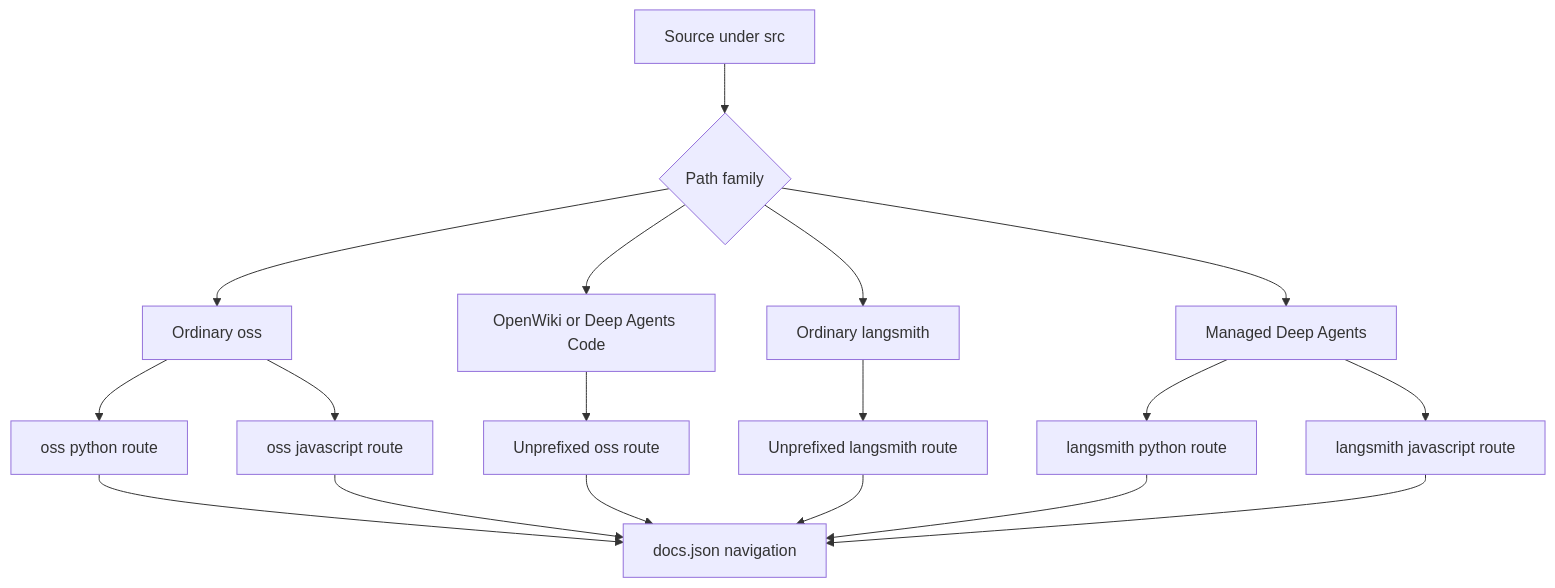
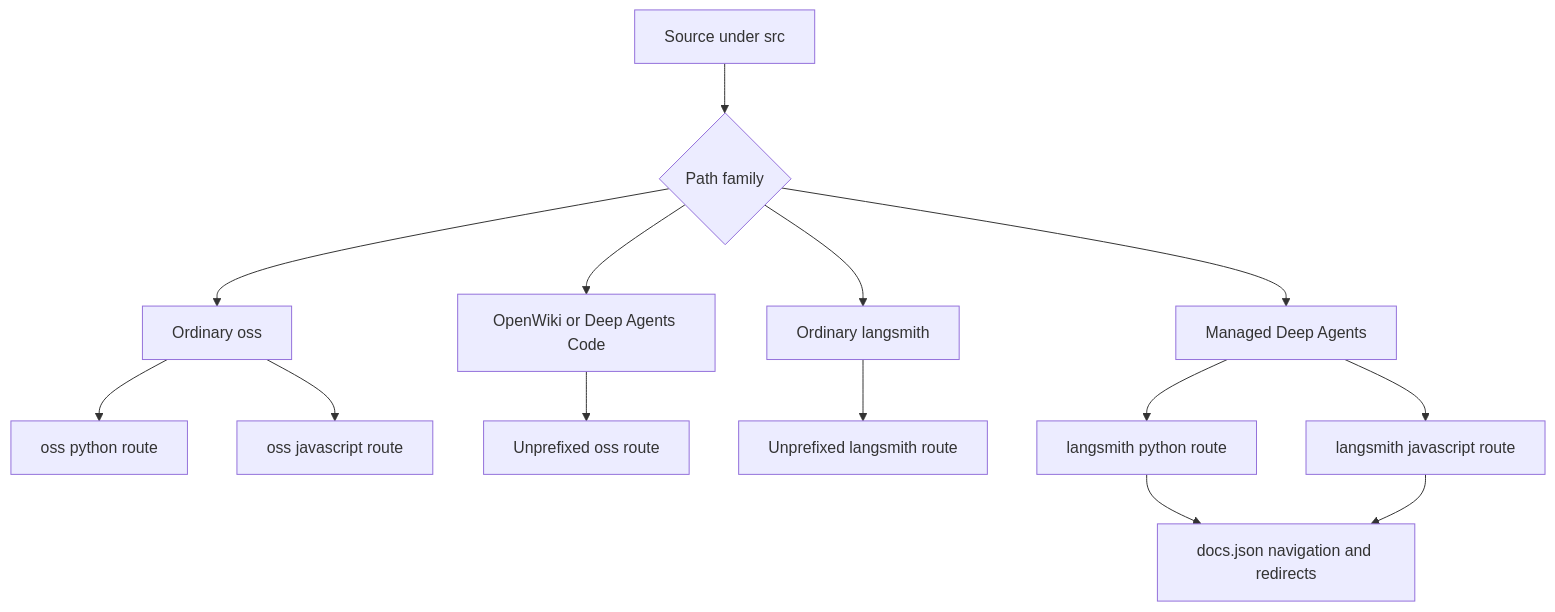
The first of 2 diagrams in openwiki/concepts/versioning.md (langchain-ai/docs), drawn with Mermaid before and after one commit. The commit also changed other lines of this file and 20 other files, not shown here.

````diff
--- a/openwiki/concepts/versioning.md
+++ b/openwiki/concepts/versioning.md
@@ -38,20 +44,16 @@
 ```mermaid
 flowchart TD
     Source["Source under src"] --> Family{"Path family"}
     Family --> Oss["Ordinary oss"]
     Oss --> OssPy["oss python route"]
     Oss --> OssJs["oss javascript route"]
     Family --> Product["OpenWiki or Deep Agents Code"]
     Product --> ProductRoute["Unprefixed oss route"]
     Family --> Smith["Ordinary langsmith"]
     Smith --> SmithRoute["Unprefixed langsmith route"]
     Family --> Managed["Managed Deep Agents"]
     Managed --> ManagedPy["langsmith python route"]
     Managed --> ManagedJs["langsmith javascript route"]
-    OssPy --> Config["docs.json navigation"]
-    OssJs --> Config
-    ProductRoute --> Config
-    SmithRoute --> Config
-    ManagedPy --> Config
+    ManagedPy --> Config["docs.json navigation and redirects"]
     ManagedJs --> Config
 ```
````
